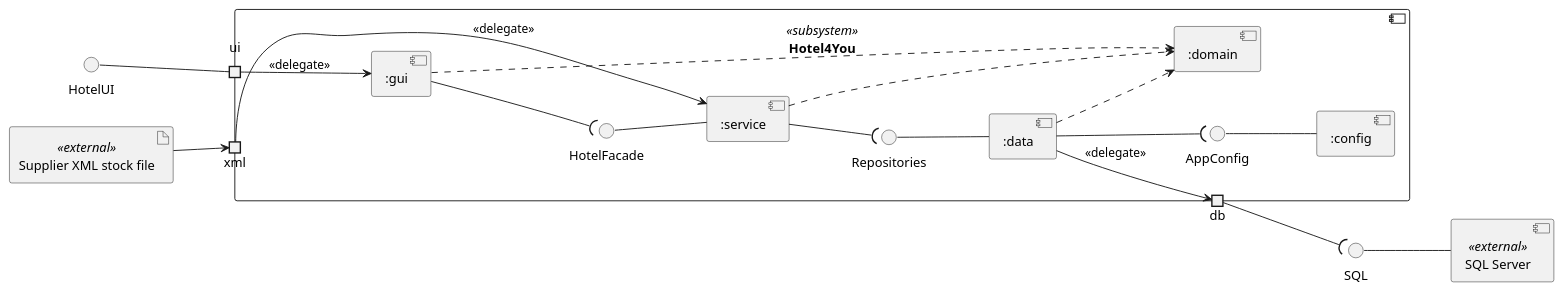
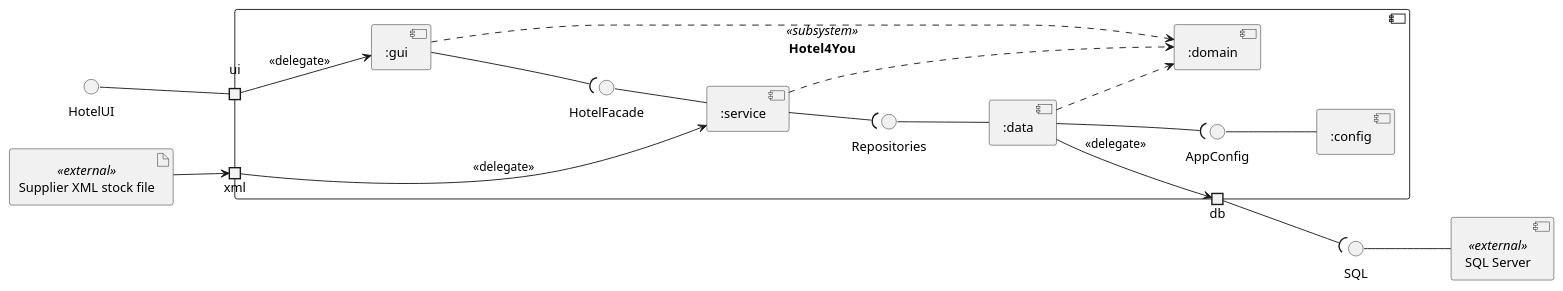
Before and after one commit to BorjaTiago/hotel4you: the diagram in docs/uml/component-diagram.puml, drawn with PlantUML. The commit also changed 2 other files, not shown here.

Commit message:
H4Y-9 move the xml port line, add the source footer and the SVG check

```diff
--- a/docs/uml/component-diagram.puml
+++ b/docs/uml/component-diagram.puml
@@ -1,57 +1,58 @@
 @startuml component-diagram
 ' H4Y-9 component diagram. Source of component-diagram.svg.
 ' Render from docs/uml: docker run --rm -v "$PWD":/data plantuml/plantuml:1.2024.7 -tsvg /data/component-diagram.puml
 skinparam componentStyle uml2
 skinparam defaultFontName Arial
 skinparam shadowing false
 skinparam monochrome true
 left to right direction
 
 interface "HotelUI" as IUI
 artifact "Supplier XML stock file" <<external>> as XML
 
 component "Hotel4You" <<subsystem>> as H4Y {
+  portin "xml" as pXML
   portin "ui" as pUI
-  portin "xml" as pXML
   portout "db" as pDB
 
   component ":gui" as GUI
   component ":service" as SVC
   component ":data" as DATA
   component ":config" as CFG
   component ":domain" as DOM
 
   interface "HotelFacade" as IFAC
   interface "Repositories" as IREPO
   interface "AppConfig" as ICFG
 }
 
 component "SQL Server" <<external>> as SQL
 interface "SQL" as ISQL
 
+' Input: the supplier XML file comes in through the xml port
+XML --> pXML
+pXML --> SVC : <<delegate>>
+
 ' Input: actors use HotelUI through the ui port, delegated to gui
 IUI -- pUI
 pUI --> GUI : <<delegate>>
 
 ' Assembly connectors (ball and socket), in call order
 GUI --( IFAC
 IFAC -- SVC
 SVC --( IREPO
 IREPO -- DATA
 DATA --( ICFG
 ICFG -- CFG
 
-' Input: the supplier XML file comes in through the xml port
-XML --> pXML
-pXML --> SVC : <<delegate>>
-
 ' Output: data reaches SQL Server through the db port
 DATA --> pDB : <<delegate>>
 pDB --( ISQL
 ISQL -- SQL
 
 ' Use of the domain types
 GUI ..> DOM
 SVC ..> DOM
 DATA ..> DOM
+' Created by: jmbcruz. Updated by: jmbcruz. AI use: PlantUML ports by Claude Code (claude-opus-5-5), 2026-11-06; review fixes by Claude Code (claude-opus-5-5), 2026-11-06. Reviewed by: pending.
 @enduml
```
